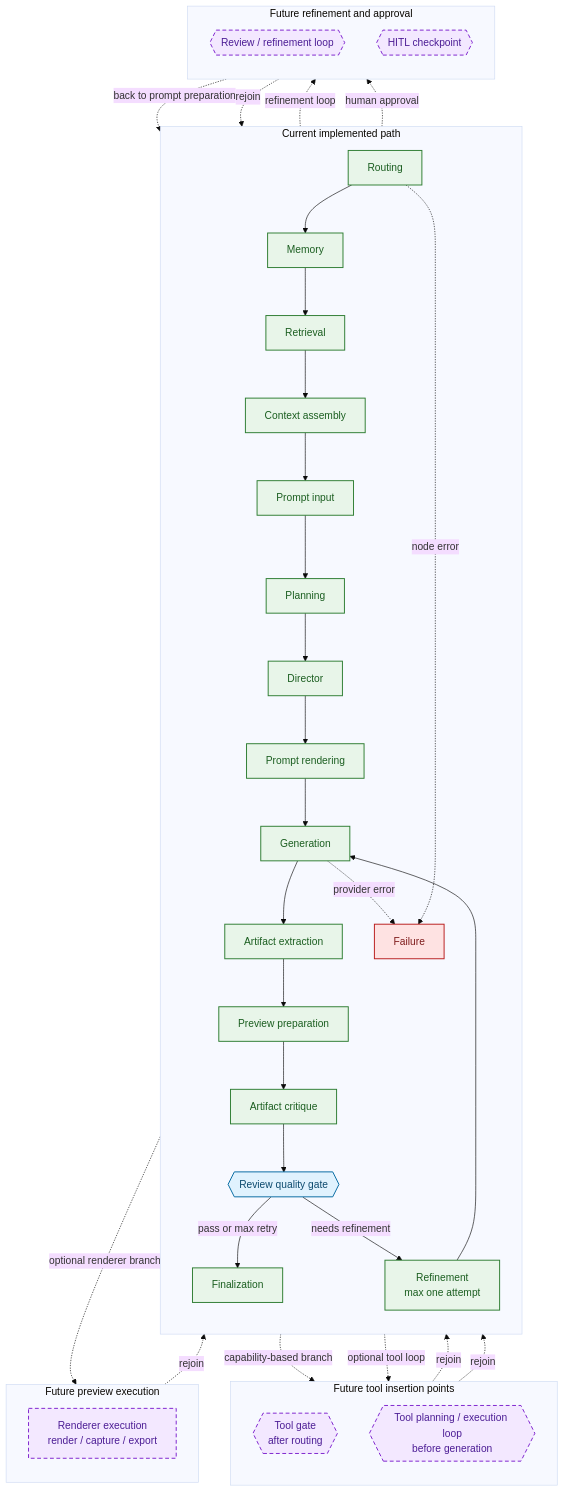
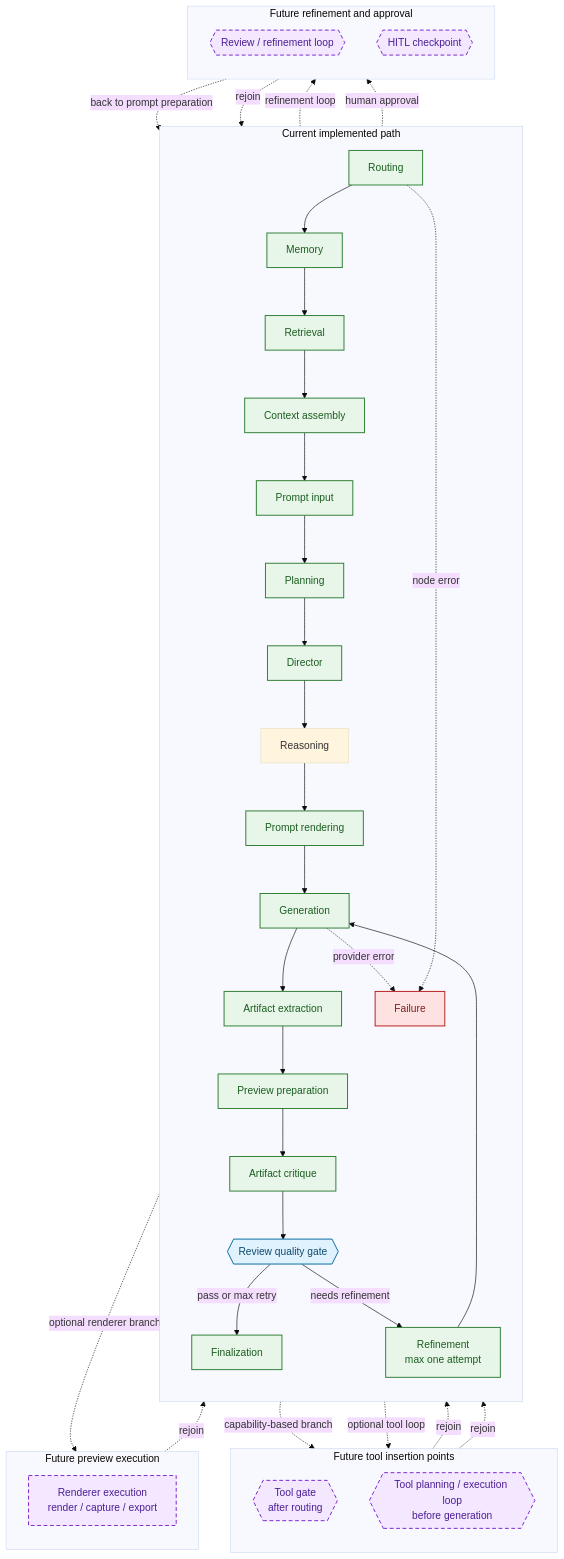
Before and after one commit to lmguerrini/creative-coding-assistant: the third of 3 diagrams in architecture/workflow_graph.md, drawn with Mermaid (base theme). The commit also changed other lines of this file and 20 other files, not shown here.

````diff
--- a/architecture/workflow_graph.md
+++ b/architecture/workflow_graph.md
@@ -275,65 +278,66 @@
 ```mermaid
 flowchart TB
     classDef implemented fill:#E8F5E9,stroke:#2E7D32,color:#1B5E20,stroke-width:1.5px;
     classDef gate fill:#E0F2FE,stroke:#0369A1,color:#0C4A6E,stroke-width:1.5px;
     classDef failure fill:#FEE2E2,stroke:#B91C1C,color:#7F1D1D,stroke-width:1.5px;
     classDef future fill:#F3E8FF,stroke:#7E22CE,color:#4C1D95,stroke-width:1.5px,stroke-dasharray: 6 4;
 
     subgraph current_path["Current implemented path"]
         direction TB
         routing["Routing"]
         memory["Memory"]
         retrieval["Retrieval"]
         context_assembly["Context assembly"]
         prompt_input["Prompt input"]
         planning["Planning"]
         director["Director"]
+        reasoning["Reasoning"]
         prompt_rendering["Prompt rendering"]
         generation["Generation"]
         artifact_extraction["Artifact extraction"]
         preview_preparation["Preview preparation"]
         artifact_critique["Artifact critique"]
         review{{"Review quality gate"}}
         refinement["Refinement<br/>max one attempt"]
         finalization["Finalization"]
         failure["Failure"]
-        routing --> memory --> retrieval --> context_assembly --> prompt_input --> planning --> director --> prompt_rendering --> generation --> artifact_extraction --> preview_preparation --> artifact_critique --> review
+        routing --> memory --> retrieval --> context_assembly --> prompt_input --> planning --> director --> reasoning --> prompt_rendering --> generation --> artifact_extraction --> preview_preparation --> artifact_critique --> review
         review -->|"pass or max retry"| finalization
         review -->|"needs refinement"| refinement --> generation
         generation -. provider error .-> failure
         routing -. node error .-> failure
     end
 
     subgraph future_tools["Future tool insertion points"]
         direction TB
         tool_gate{{Tool gate<br/>after routing}}
         tool_loop{{Tool planning / execution loop<br/>before generation}}
     end
 
     subgraph future_preview["Future preview execution"]
         direction TB
         preview["Renderer execution<br/>render / capture / export"]
     end
 
     subgraph future_refinement["Future refinement and approval"]
         direction TB
         retry{{Review / refinement loop}}
         hitl{{HITL checkpoint}}
     end
 
     routing -. capability-based branch .-> tool_gate
     tool_gate -. rejoin .-> memory
     prompt_rendering -. optional tool loop .-> tool_loop
     tool_loop -. rejoin .-> generation
     preview_preparation -. optional renderer branch .-> preview
     preview -. rejoin .-> artifact_critique
     review -. refinement loop .-> retry
     retry -. back to prompt preparation .-> prompt_input
     review -. human approval .-> hitl
     hitl -. rejoin .-> finalization
 
     class routing,memory,retrieval,context_assembly,prompt_input,planning,director,prompt_rendering,generation,artifact_extraction,preview_preparation,artifact_critique,refinement,finalization implemented
     class review gate
     class failure failure
     class tool_gate,tool_loop,preview,retry,hitl future
 ```
````
